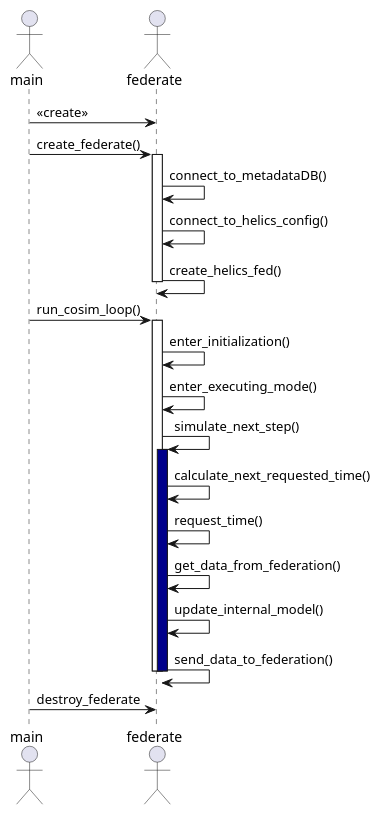
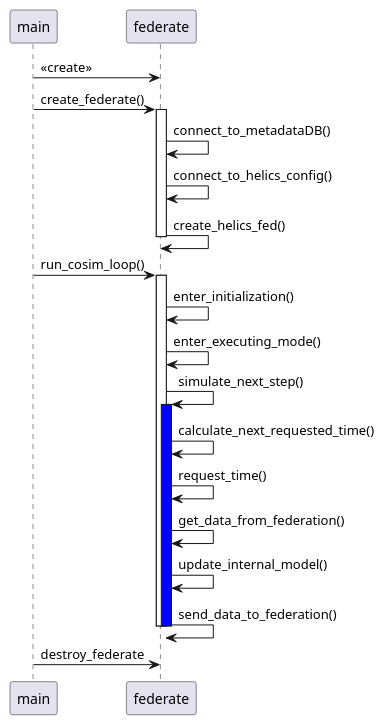
Before and after one commit to pnnl/cst: the diagram in docs/design/uml/federate_sd.plantuml, drawn with PlantUML.

Commit message:
Update federate sequence diagram

```diff
--- a/docs/design/uml/federate_sd.plantuml
+++ b/docs/design/uml/federate_sd.plantuml
@@ -2,31 +2,31 @@
 @startuml
 
 
-actor main
-actor federate
+participant main
+participant federate
 
 main -> federate: <<create>>
 main -> federate: create_federate()
 activate federate
 federate -> federate: connect_to_metadataDB()
 federate -> federate: connect_to_helics_config()
 federate -> federate: create_helics_fed()
 deactivate federate
 
 main -> federate: run_cosim_loop()
 activate federate
 federate -> federate: enter_initialization()
 federate -> federate: enter_executing_mode()
 federate -> federate: simulate_next_step()
-activate federate #DarkBlue
+activate federate #Blue
 federate -> federate: calculate_next_requested_time()
 federate -> federate: request_time()
 federate -> federate: get_data_from_federation()
 federate -> federate: update_internal_model()
 federate -> federate: send_data_to_federation()
 deactivate federate
 deactivate federate
 main -> federate: destroy_federate
 
 
 @enduml
```
